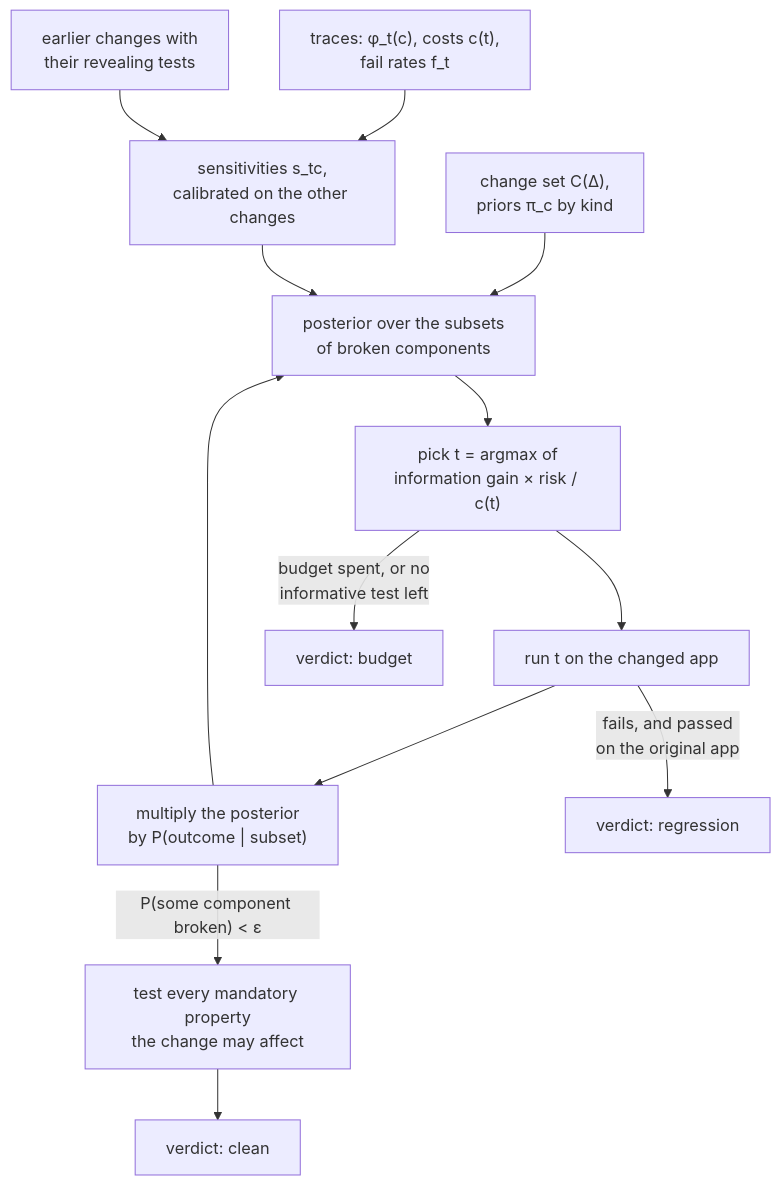
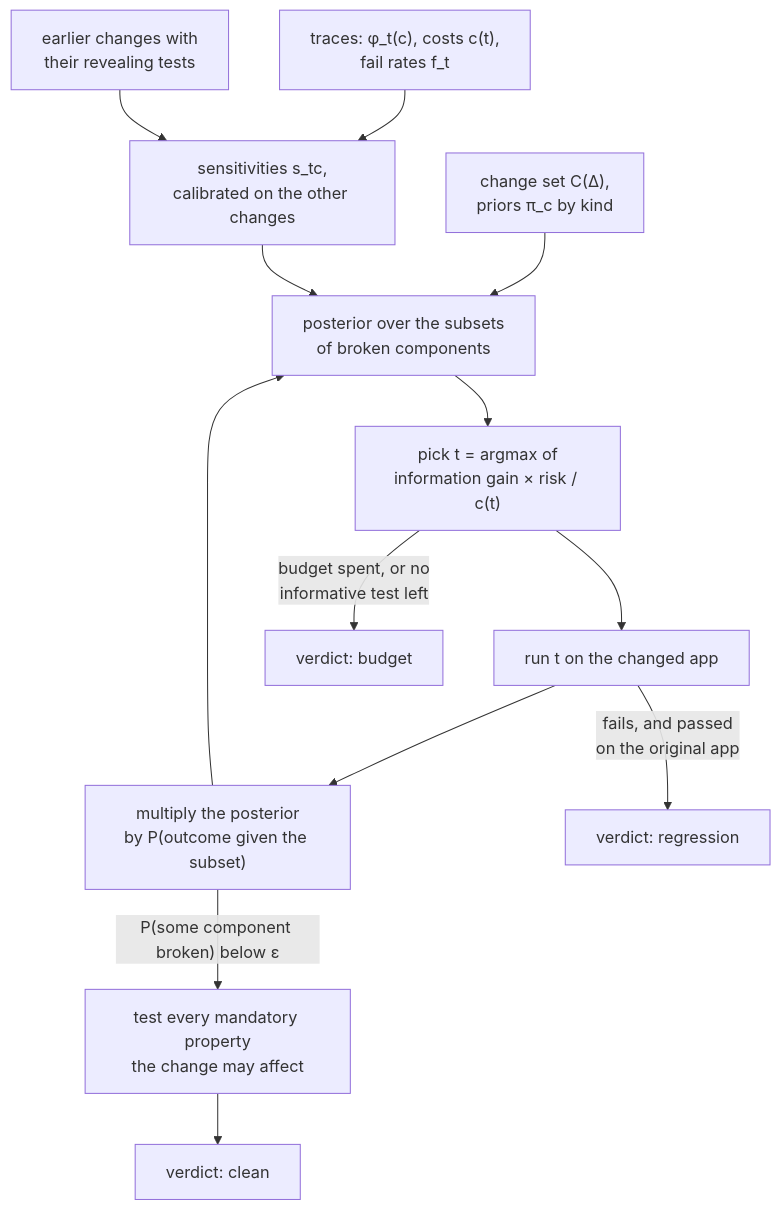
The third of 3 diagrams in trace-eval/docs/RESEARCH_PLAN.md (unibuc-cs/TestingTheAgents), drawn with Mermaid before and after one commit.

Commit message:
Plan: two diagram labels without characters Mermaid may misread

````diff
--- a/trace-eval/docs/RESEARCH_PLAN.md
+++ b/trace-eval/docs/RESEARCH_PLAN.md
@@ -208,15 +208,15 @@
 ```mermaid
 flowchart TD
     IN1["change set C(Δ),<br/>priors π_c by kind"] --> M["posterior over the subsets<br/>of broken components"]
     IN2["traces: φ_t(c), costs c(t),<br/>fail rates f_t"] --> SENS["sensitivities s_tc,<br/>calibrated on the other changes"]
     IN3["earlier changes with<br/>their revealing tests"] --> SENS
     SENS --> M
     M --> PICK["pick t = argmax of<br/>information gain × risk / c(t)"]
     PICK --> RUN["run t on the changed app"]
-    RUN --> UPD["multiply the posterior<br/>by P(outcome | subset)"]
+    RUN --> UPD["multiply the posterior<br/>by P(outcome given the subset)"]
     UPD --> M
     RUN -->|"fails, and passed<br/>on the original app"| REG["verdict: regression"]
-    UPD -->|"P(some component broken) < ε"| MAND["test every mandatory property<br/>the change may affect"]
+    UPD -->|"P(some component broken) below ε"| MAND["test every mandatory property<br/>the change may affect"]
     MAND --> CLEAN["verdict: clean"]
     PICK -->|"budget spent, or no<br/>informative test left"| BUDG["verdict: budget"]
 ```
````
